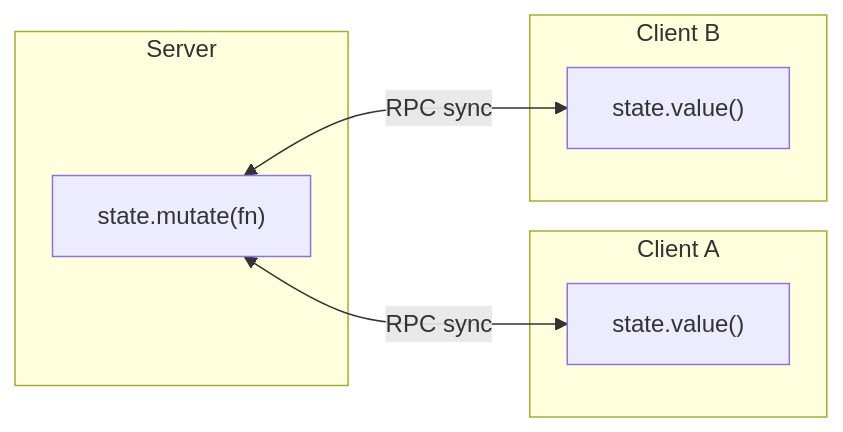
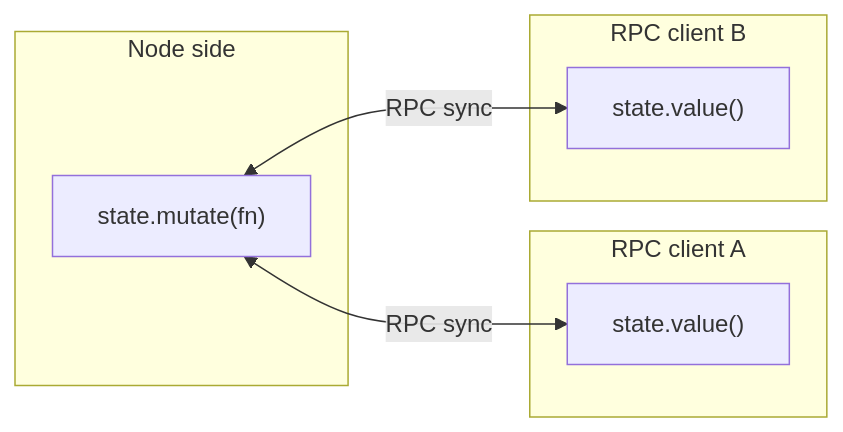
Before and after one commit to SaKaNa-Y/devframe: the diagram in docs/content/1.guide/4.shared-state.md, drawn with Mermaid. The commit also changed other lines of this file and 183 other files, not shown here.

````diff
--- a/docs/content/1.guide/4.shared-state.md
+++ b/docs/content/1.guide/4.shared-state.md
@@ -10,14 +10,14 @@
 ```mermaid
 flowchart LR
-  subgraph ClientA["Client A"]
+  subgraph ClientA["RPC client A"]
     A["state.value()"]
   end
-  subgraph Server["Server"]
+  subgraph Server["Node side"]
     S["state.mutate(fn)"]
   end
-  subgraph ClientB["Client B"]
+  subgraph ClientB["RPC client B"]
     B["state.value()"]
   end
   S <-->|RPC sync| A
   S <-->|RPC sync| B
 ```
````
